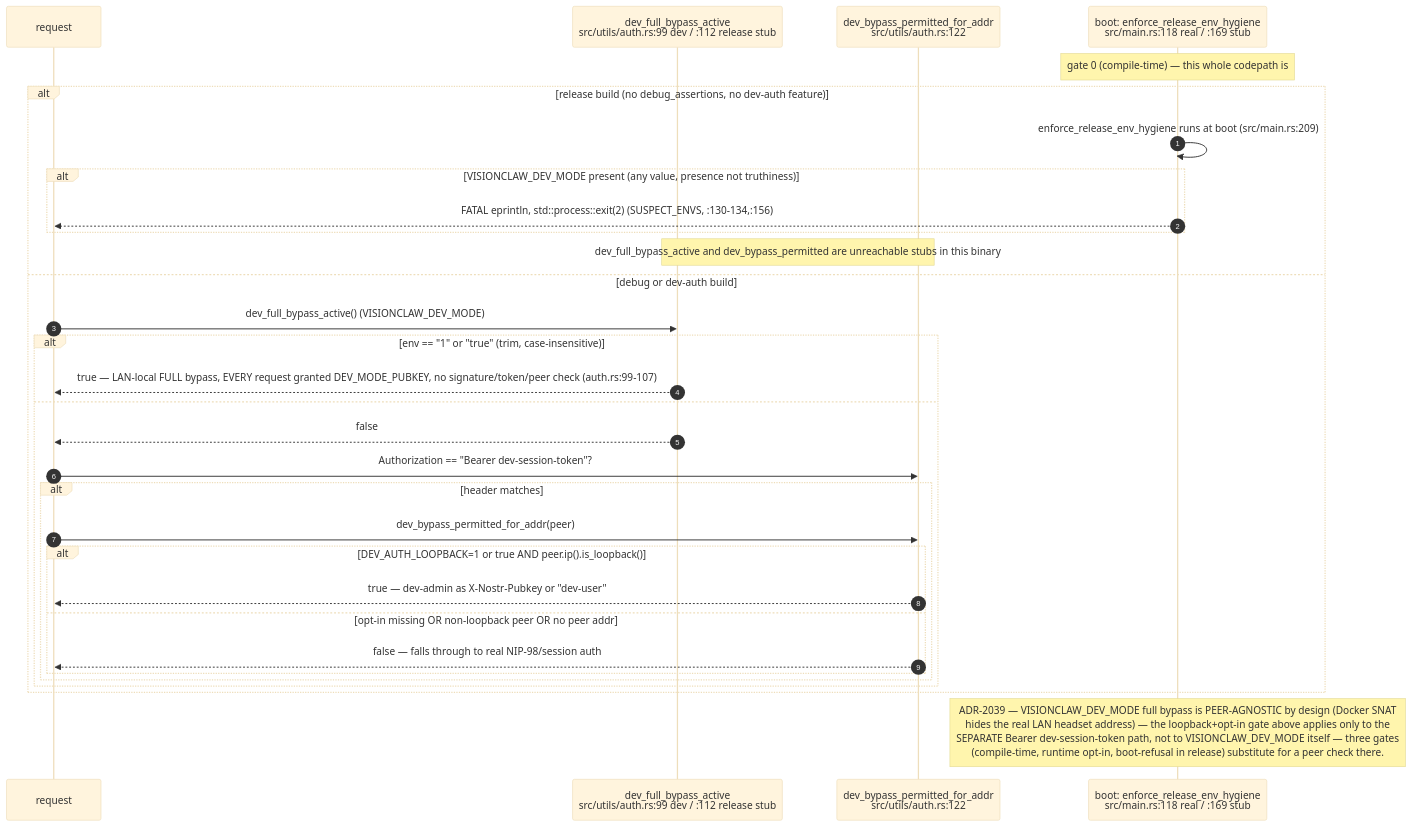
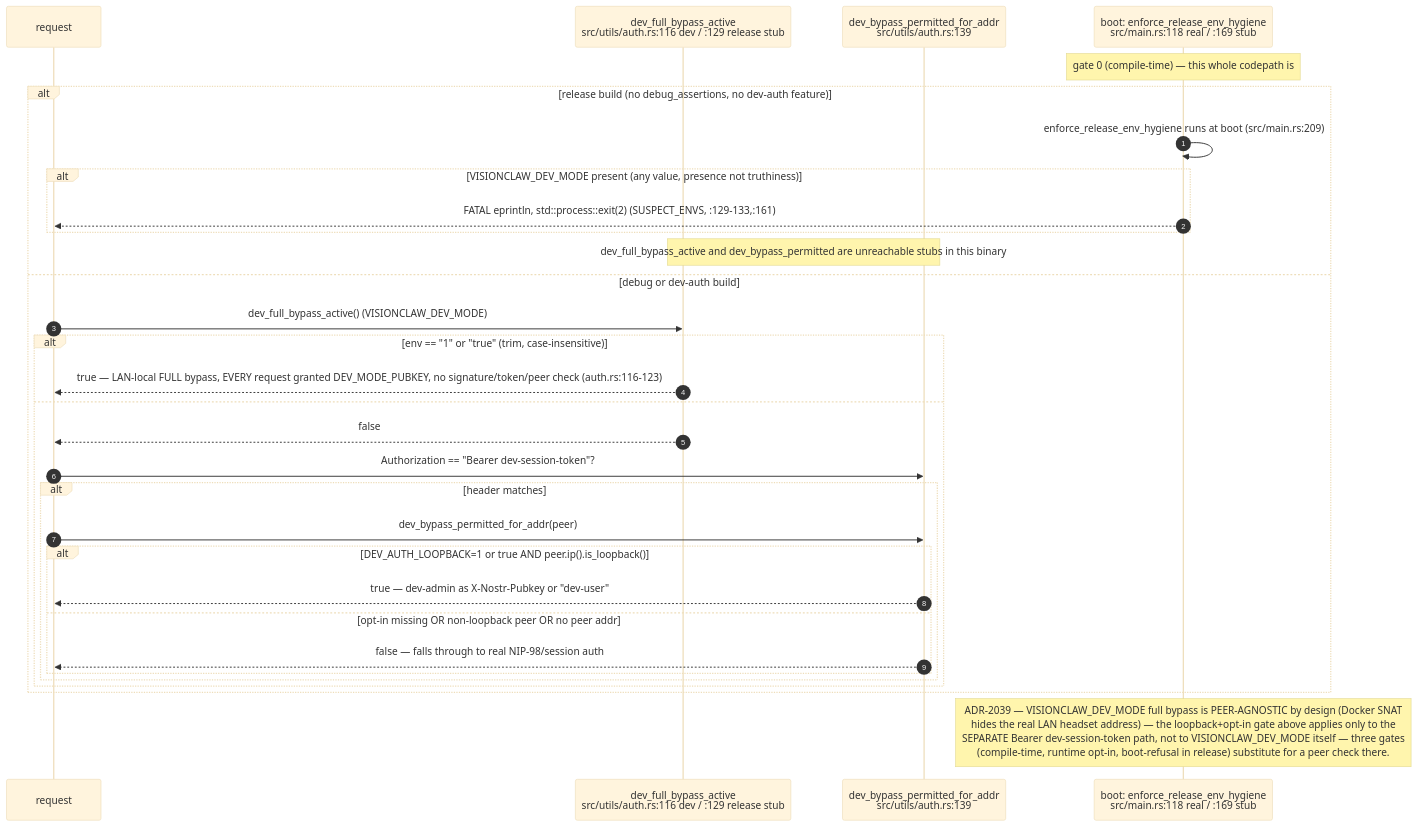
One commit to DreamLab-AI/VisionFlow changed the tenth of 14 diagrams in docs/diagrams/visionclaw/03-request-lifecycle-and-rbac.md. Above: the diagram before and after it, drawn with Mermaid (base theme). The commit also changed other lines of this file and 20 other files, not shown here.

Commit message:
docs(diagrams): reflect the S-3, S-7c/d/f and S-4(3) fixes in the corpus

````diff
--- a/docs/diagrams/visionclaw/03-request-lifecycle-and-rbac.md
+++ b/docs/diagrams/visionclaw/03-request-lifecycle-and-rbac.md
@@ -441,34 +475,34 @@
 ```mermaid
 sequenceDiagram
     autonumber
     participant R as request
-    participant A as dev_full_bypass_active<br/>src/utils/auth.rs:99 dev / :112 release stub
-    participant L as dev_bypass_permitted_for_addr<br/>src/utils/auth.rs:122
+    participant A as dev_full_bypass_active<br/>src/utils/auth.rs:116 dev / :129 release stub
+    participant L as dev_bypass_permitted_for_addr<br/>src/utils/auth.rs:139
     participant B as boot: enforce_release_env_hygiene<br/>src/main.rs:118 real / :169 stub
 
     Note over B: gate 0 (compile-time) — this whole codepath is #[cfg(any(debug_assertions,#quot —dev-auth#quot —))]<br/>compiled OUT of a release binary entirely — release stub always returns false/None
     alt release build (no debug_assertions, no dev-auth feature)
         B->>B: enforce_release_env_hygiene runs at boot (src/main.rs:209)
         alt VISIONCLAW_DEV_MODE present (any value, presence not truthiness)
-            B-->>R: FATAL eprintln, std::process::exit(2) (SUSPECT_ENVS, :130-134,:156)
+            B-->>R: FATAL eprintln, std::process::exit(2) (SUSPECT_ENVS, :129-133,:161)
         end
         Note over A,L: dev_full_bypass_active and dev_bypass_permitted are unreachable stubs in this binary
     else debug or dev-auth build
         R->>A: dev_full_bypass_active() (VISIONCLAW_DEV_MODE)
         alt env == "1" or "true" (trim, case-insensitive)
-            A-->>R: true — LAN-local FULL bypass, EVERY request granted DEV_MODE_PUBKEY, no signature/token/peer check (auth.rs:99-107)
+            A-->>R: true — LAN-local FULL bypass, EVERY request granted DEV_MODE_PUBKEY, no signature/token/peer check (auth.rs:116-123)
         else
             A-->>R: false
             R->>L: Authorization == "Bearer dev-session-token"?
             alt header matches
                 R->>L: dev_bypass_permitted_for_addr(peer)
                 alt DEV_AUTH_LOOPBACK=1 or true AND peer.ip().is_loopback()
                     L-->>R: true — dev-admin as X-Nostr-Pubkey or "dev-user"
                 else opt-in missing OR non-loopback peer OR no peer addr
                     L-->>R: false — falls through to real NIP-98/session auth
                 end
             end
         end
     end
     Note over B: ADR-2039 — VISIONCLAW_DEV_MODE full bypass is PEER-AGNOSTIC by design (Docker SNAT<br/>hides the real LAN headset address) — the loopback+opt-in gate above applies only to the<br/>SEPARATE Bearer dev-session-token path, not to VISIONCLAW_DEV_MODE itself — three gates<br/>(compile-time, runtime opt-in, boot-refusal in release) substitute for a peer check there.
 ```
````
